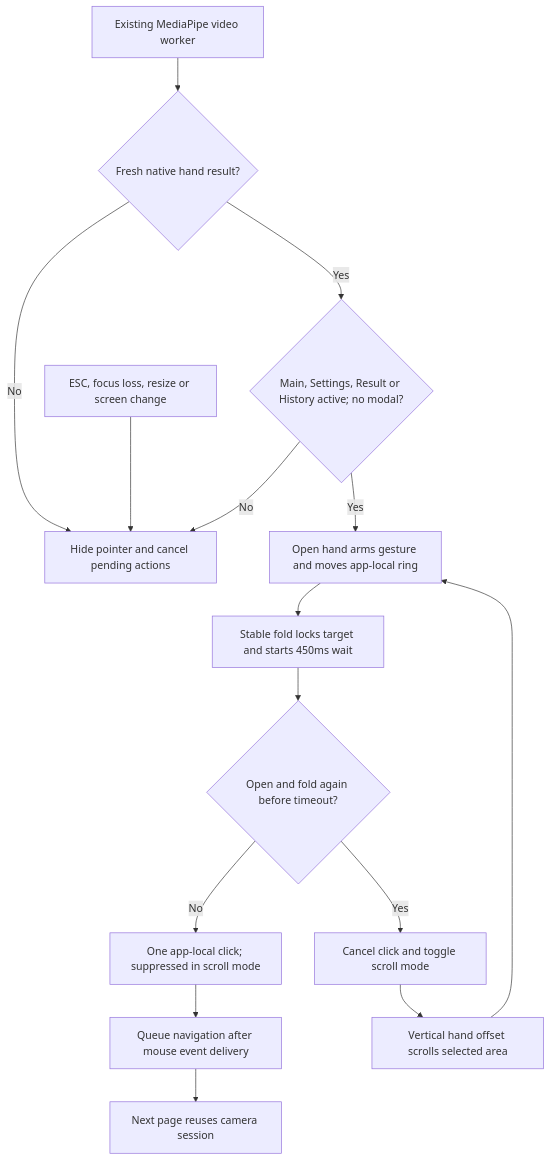
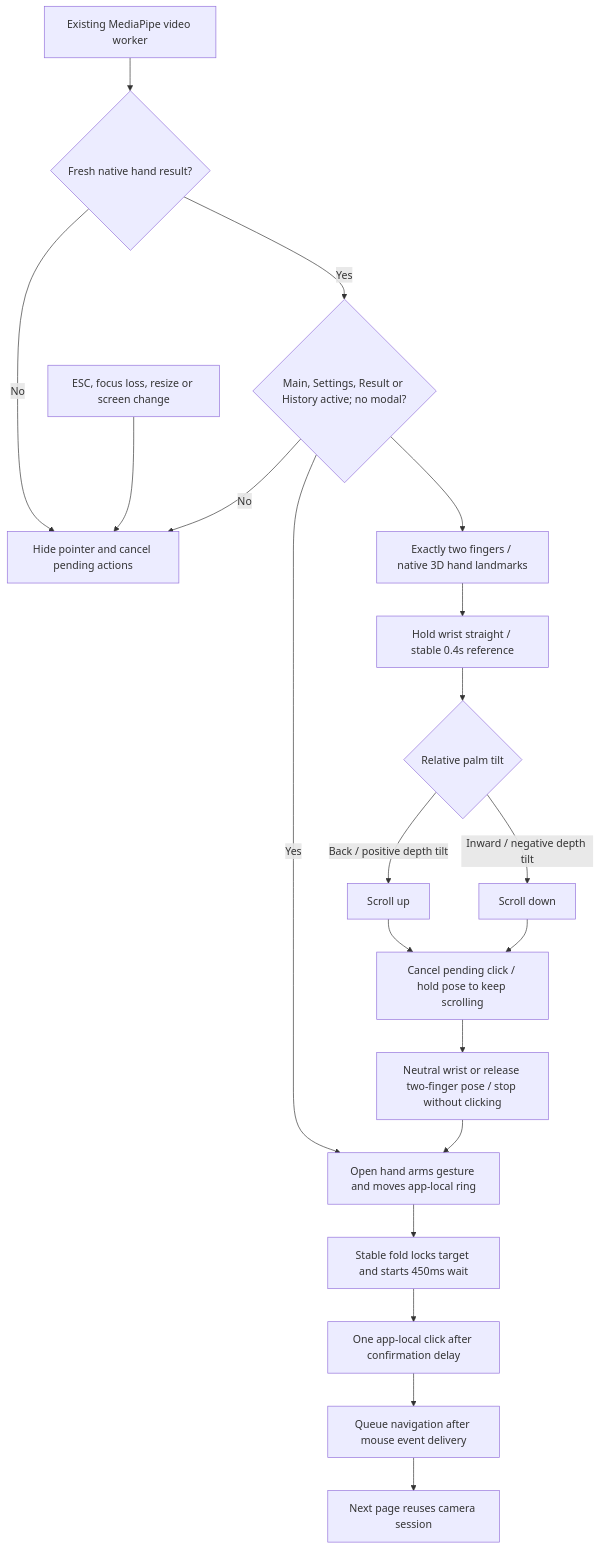
Before and after one commit to didtjr5080/Rythm-Game: the diagram in diagrams/hand-cursor.md, drawn with Mermaid. The commit also changed other lines of this file and 45 other files, not shown here.

Commit message:
Support EMG calibration and two-finger wrist scrolling

````diff
--- a/diagrams/hand-cursor.md
+++ b/diagrams/hand-cursor.md
@@ -3,17 +3,22 @@
 ```mermaid
 flowchart TD
     MP[Existing MediaPipe video worker] --> VALID{Fresh native hand result?}
     VALID -- No --> RESET[Hide pointer and cancel pending actions]
     VALID -- Yes --> SCOPE{Main, Settings, Result or History active; no modal?}
     SCOPE -- No --> RESET
     SCOPE -- Yes --> OPEN[Open hand arms gesture and moves app-local ring]
     OPEN --> FOLD[Stable fold locks target and starts 450ms wait]
-    FOLD --> AGAIN{Open and fold again before timeout?}
-    AGAIN -- No --> CLICK[One app-local click; suppressed in scroll mode]
+    FOLD --> CLICK[One app-local click after confirmation delay]
     CLICK --> NEXT[Queue navigation after mouse event delivery]
     NEXT --> SHARE[Next page reuses camera session]
-    AGAIN -- Yes --> MODE[Cancel click and toggle scroll mode]
-    MODE --> VERTICAL[Vertical hand offset scrolls selected area]
-    VERTICAL --> OPEN
+    SCOPE --> TWO[Exactly two fingers / native 3D hand landmarks]
+    TWO --> NEUTRAL[Hold wrist straight / stable 0.4s reference]
+    NEUTRAL --> TILT{Relative palm tilt}
+    TILT -->|Back / positive depth tilt| UP[Scroll up]
+    TILT -->|Inward / negative depth tilt| DOWN[Scroll down]
+    UP --> MODE[Cancel pending click / hold pose to keep scrolling]
+    DOWN --> MODE
+    MODE --> RELEASE[Neutral wrist or release two-finger pose / stop without clicking]
+    RELEASE --> OPEN
     ESC[ESC, focus loss, resize or screen change] --> RESET
 ```
````
